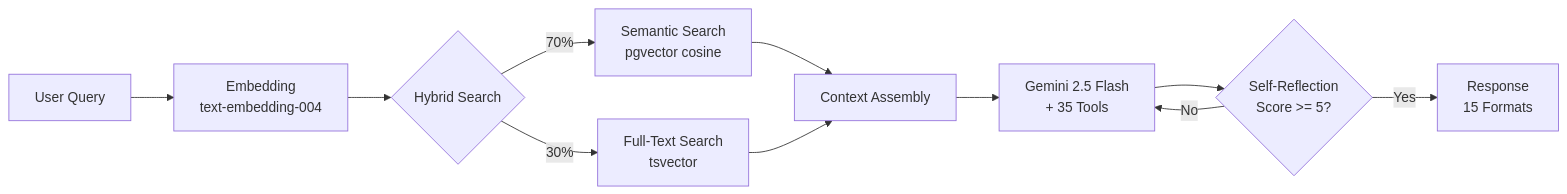
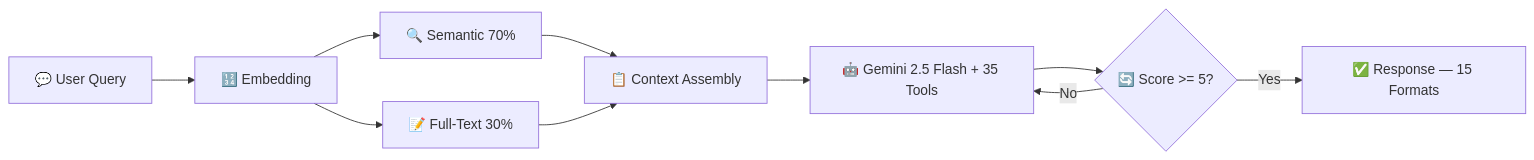
One commit to KouemouSah/taxasge changed the fifth of 7 diagrams in README.md. Above: the diagram before and after it, drawn with Mermaid. The commit also changed other lines of this file and 3 other files, not shown here.

````diff
--- a/README.md
+++ b/README.md
@@ -305,12 +278,12 @@
 ```mermaid
 graph LR
-    Q[User Query] --> EMB[Embedding<br>text-embedding-004]
-    EMB --> HS{Hybrid Search}
-    HS -->|70%| SEM[Semantic Search<br>pgvector cosine]
-    HS -->|30%| FTS[Full-Text Search<br>tsvector]
-    SEM & FTS --> CTX[Context Assembly]
-    CTX --> GEM[Gemini 2.5 Flash<br>+ 35 Tools]
-    GEM --> REF{Self-Reflection<br>Score >= 5?}
-    REF -->|Yes| RES[Response<br>15 Formats]
+    Q["💬 User Query"] --> EMB["🔢 Embedding"]
+    EMB --> SEM["🔍 Semantic 70%"]
+    EMB --> FTS["📝 Full-Text 30%"]
+    SEM --> CTX["📋 Context Assembly"]
+    FTS --> CTX
+    CTX --> GEM["🤖 Gemini 2.5 Flash + 35 Tools"]
+    GEM --> REF{"🔄 Score >= 5?"}
+    REF -->|Yes| RES["✅ Response — 15 Formats"]
     REF -->|No| GEM
 ```
````
